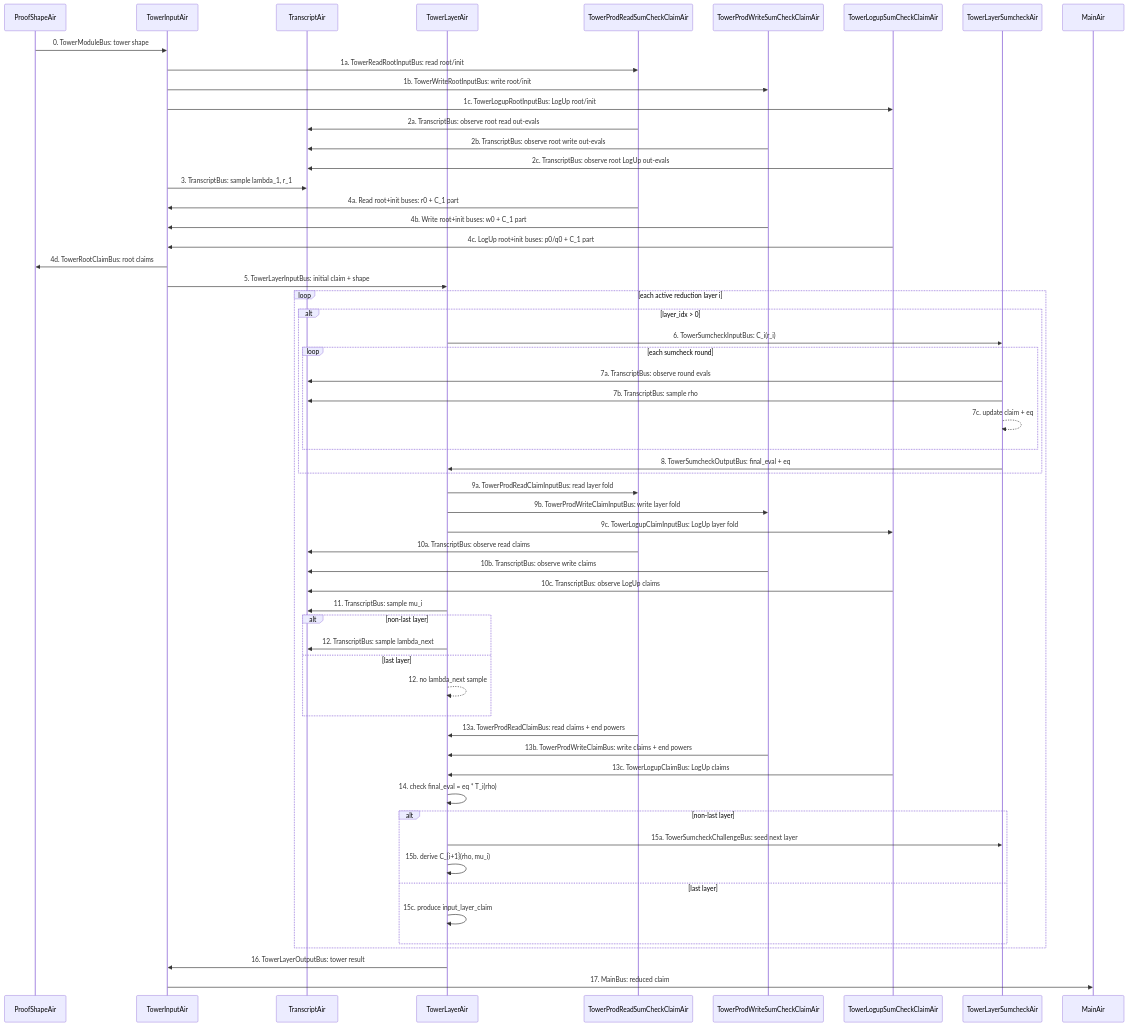
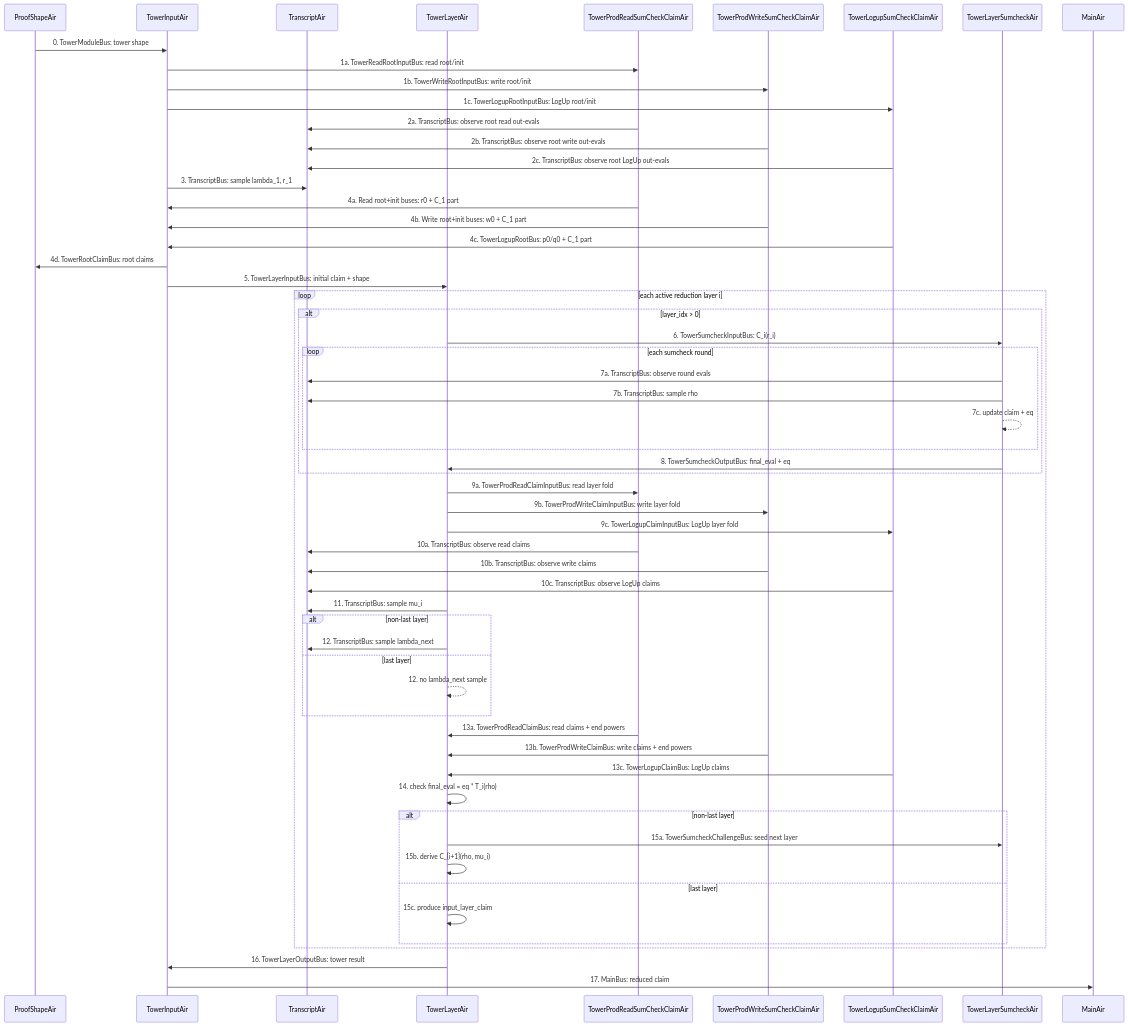
The second of 2 diagrams in ceno_recursion_v2/docs/tower_module_design.md (scroll-tech/ceno), drawn with Mermaid before and after one commit. The commit also changed other lines of this file and 30 other files, not shown here.

Commit message:
Align tower bus chip index contract

````diff
--- a/ceno_recursion_v2/docs/tower_module_design.md
+++ b/ceno_recursion_v2/docs/tower_module_design.md
@@ -446,67 +455,67 @@
 ```mermaid
 sequenceDiagram
     participant PS as ProofShapeAir
     participant TI as TowerInputAir
     participant TR as TranscriptAir
     participant TL as TowerLayerAir
     participant PR as TowerProdReadSumCheckClaimAir
     participant PW as TowerProdWriteSumCheckClaimAir
     participant LU as TowerLogupSumCheckClaimAir
     participant SC as TowerLayerSumcheckAir
     participant M as MainAir
 
     PS->>TI: 0. TowerModuleBus: tower shape
     TI->>PR: 1a. TowerReadRootInputBus: read root/init
     TI->>PW: 1b. TowerWriteRootInputBus: write root/init
     TI->>LU: 1c. TowerLogupRootInputBus: LogUp root/init
     PR->>TR: 2a. TranscriptBus: observe root read out-evals
     PW->>TR: 2b. TranscriptBus: observe root write out-evals
     LU->>TR: 2c. TranscriptBus: observe root LogUp out-evals
     TI->>TR: 3. TranscriptBus: sample lambda_1, r_1
     PR->>TI: 4a. Read root+init buses: r0 + C_1 part
     PW->>TI: 4b. Write root+init buses: w0 + C_1 part
-    LU->>TI: 4c. LogUp root+init buses: p0/q0 + C_1 part
+    LU->>TI: 4c. TowerLogupRootBus: p0/q0 + C_1 part
     TI->>PS: 4d. TowerRootClaimBus: root claims
     TI->>TL: 5. TowerLayerInputBus: initial claim + shape
 
     loop each active reduction layer i
         alt layer_idx > 0
             TL->>SC: 6. TowerSumcheckInputBus: C_i(r_i)
             loop each sumcheck round
                 SC->>TR: 7a. TranscriptBus: observe round evals
                 SC->>TR: 7b. TranscriptBus: sample rho
                 SC-->>SC: 7c. update claim + eq
             end
             SC->>TL: 8. TowerSumcheckOutputBus: final_eval + eq
         end
 
         TL->>PR: 9a. TowerProdReadClaimInputBus: read layer fold
         TL->>PW: 9b. TowerProdWriteClaimInputBus: write layer fold
         TL->>LU: 9c. TowerLogupClaimInputBus: LogUp layer fold
         PR->>TR: 10a. TranscriptBus: observe read claims
         PW->>TR: 10b. TranscriptBus: observe write claims
         LU->>TR: 10c. TranscriptBus: observe LogUp claims
         TL->>TR: 11. TranscriptBus: sample mu_i
 
         alt non-last layer
             TL->>TR: 12. TranscriptBus: sample lambda_next
         else last layer
             TL-->>TL: 12. no lambda_next sample
         end
 
         PR->>TL: 13a. TowerProdReadClaimBus: read claims + end powers
         PW->>TL: 13b. TowerProdWriteClaimBus: write claims + end powers
         LU->>TL: 13c. TowerLogupClaimBus: LogUp claims
         TL->>TL: 14. check final_eval = eq * T_i(rho)
 
         alt non-last layer
             TL->>SC: 15a. TowerSumcheckChallengeBus: seed next layer
             TL->>TL: 15b. derive C_{i+1}(rho, mu_i)
         else last layer
             TL->>TL: 15c. produce input_layer_claim
         end
     end
 
     TL->>TI: 16. TowerLayerOutputBus: tower result
     TI->>M: 17. MainBus: reduced claim
 ```
````
